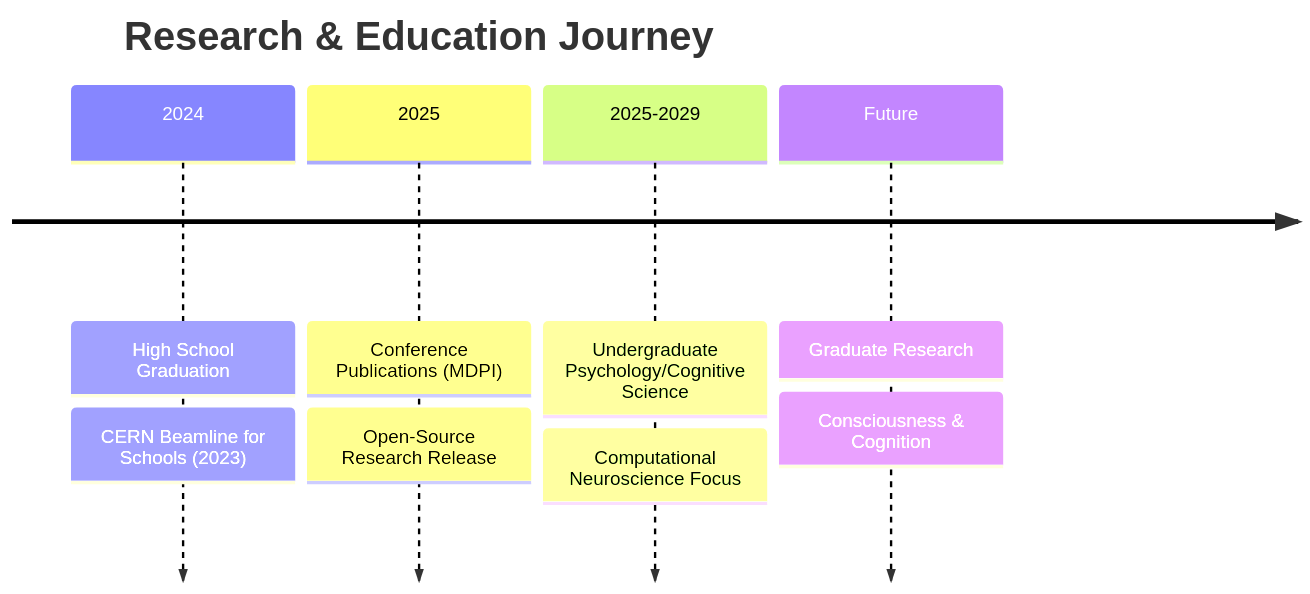
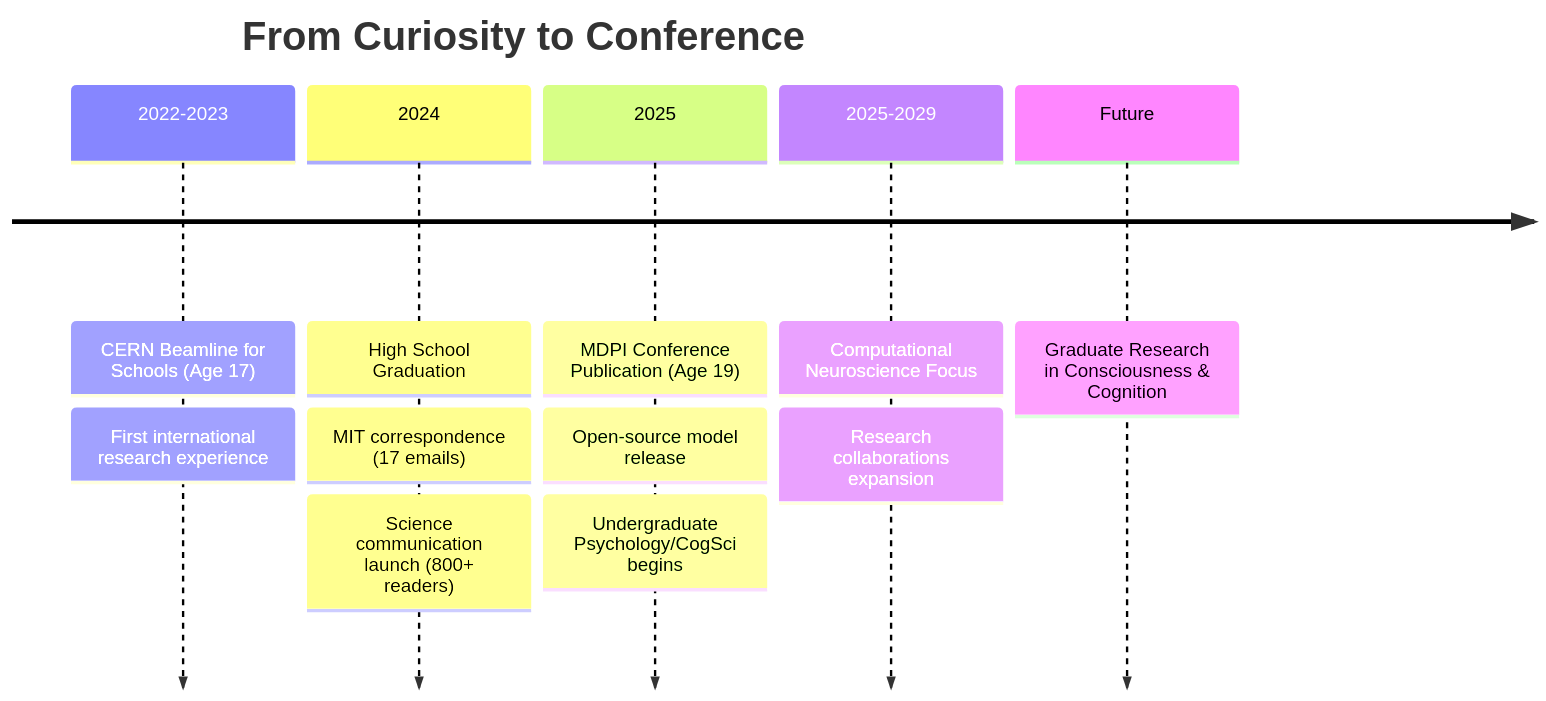
One commit to yusufcemalisbuga/yusufcemalisbuga changed the diagram in README.md. Above: the diagram before and after it, drawn with Mermaid. The commit also changed other lines of this file, not shown here.

````diff
--- a/README.md
+++ b/README.md
@@ -293,12 +338,15 @@
 ```mermaid
 timeline
-    title Research & Education Journey
+    title From Curiosity to Conference
+    2022-2023 : CERN Beamline for Schools (Age 17)
+              : First international research experience
     2024 : High School Graduation
-         : CERN Beamline for Schools (2023)
-    2025 : Conference Publications (MDPI)
-         : Open-Source Research Release
-    2025-2029 : Undergraduate Psychology/Cognitive Science
-               : Computational Neuroscience Focus
-    Future : Graduate Research
-           : Consciousness & Cognition
+         : MIT correspondence (17 emails)
+         : Science communication launch (800+ readers)
+    2025 : MDPI Conference Publication (Age 19)
+         : Open-source model release
+         : Undergraduate Psychology/CogSci begins
+    2025-2029 : Computational Neuroscience Focus
+              : Research collaborations expansion
+    Future : Graduate Research in Consciousness & Cognition
 ```
````
